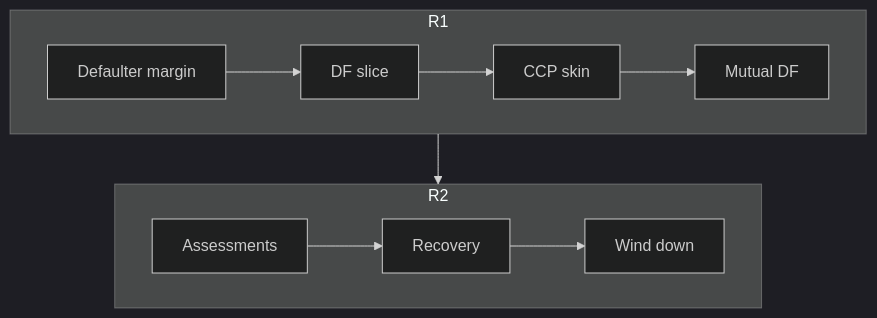
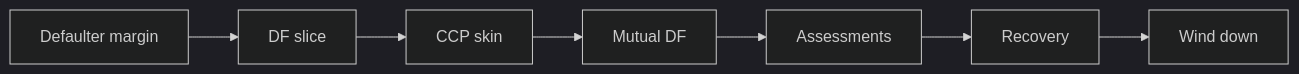
One commit to CheickPaul/Finance-Python-Learning-Portfolio changed the third of 3 diagrams in epat--quantinsti/modules/m01_epat_primer/primer02_stock_market_basics/notes_stock_market_basics.md. Above: the diagram before and after it, drawn with Mermaid (dark theme).

````diff
--- a/epat--quantinsti/modules/m01_epat_primer/primer02_stock_market_basics/notes_stock_market_basics.md
+++ b/epat--quantinsti/modules/m01_epat_primer/primer02_stock_market_basics/notes_stock_market_basics.md
@@ -358,12 +358,4 @@
   ```mermaid
-flowchart TB
-subgraph R1
-direction LR
-  A[Defaulter margin] --> B[DF slice] --> C[CCP skin] --> D[Mutual DF]
-end
-subgraph R2
-direction LR
-  E[Assessments] --> F[Recovery] --> G[Wind down]
-end
-D --> E
+flowchart LR
+  A[Defaulter margin] --> B[DF slice] --> C[CCP skin] --> D[Mutual DF] --> E[Assessments] --> F[Recovery] --> G[Wind down]
 ```
````
